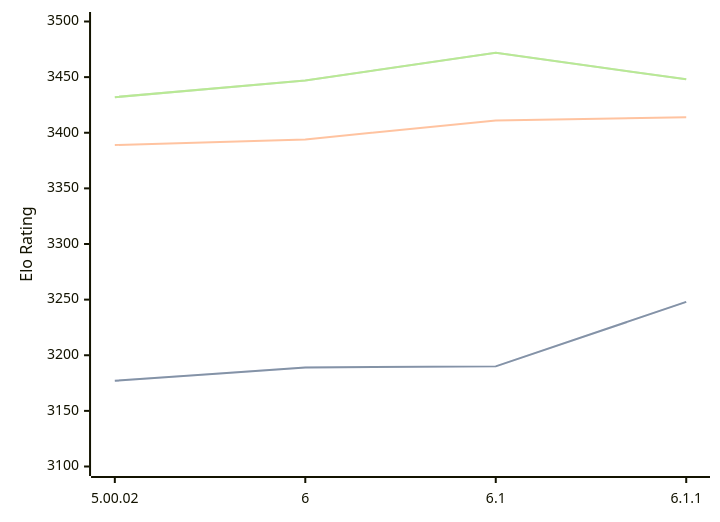
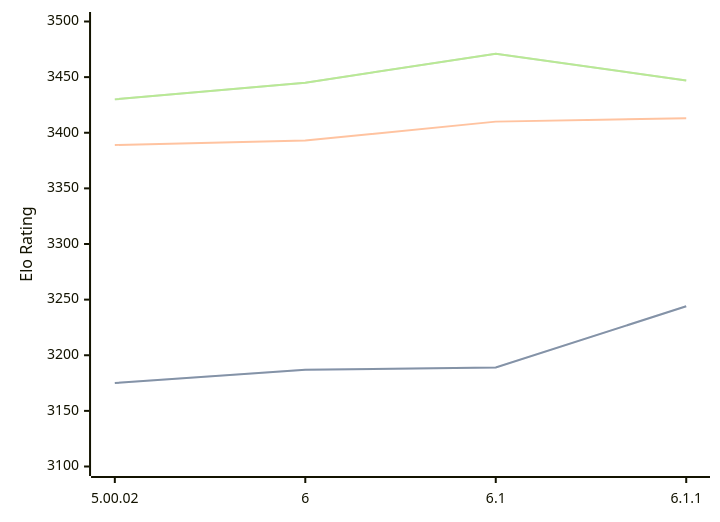
The diagram in engines/Zangdar.md (computer-chess-index/cci), drawn with Mermaid before and after one commit. The commit also changed other lines of this file, not shown here.

Commit message:
Update CCI Ratings (ELO VLTC) - 2026-03-08

````diff
--- a/engines/Zangdar.md
+++ b/engines/Zangdar.md
@@ -44,11 +44,11 @@
 ```mermaid
 %%{init: {"theme":"base","themeVariables":{"seriesColors:['#a3a3a3','#222221','#faa371']}}}%%
 xychart-beta
   x-axis ["5.00.02", "6", "6.1", "6.1.1"]
   y-axis "Elo Rating" 3100 --> 3500
-  line "STC (8.0+0.08s)" [3177, 3189, 3190, 3248]
-  line "STC (8.0+0.08s)" [3177, 3189, 3190, 3248]
-  line "LTC (60.0+0.60s)" [3389, 3394, 3411, 3414]
-  line "VLTC (2m24s+1.12s)" [3432, 3447, 3472, 3448]
-  line "VLTC (2m24s+1.12s)" [3432, 3447, 3472, 3448]
+  line "STC (8.0+0.08s)" [3175, 3187, 3189, 3244]
+  line "STC (8.0+0.08s)" [3175, 3187, 3189, 3244]
+  line "LTC (60.0+0.60s)" [3389, 3393, 3410, 3413]
+  line "VLTC (2m24s+1.12s)" [3430, 3445, 3471, 3447]
+  line "VLTC (2m24s+1.12s)" [3430, 3445, 3471, 3447]
 ```
````
